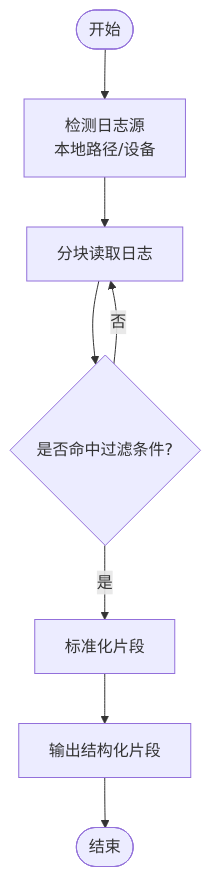
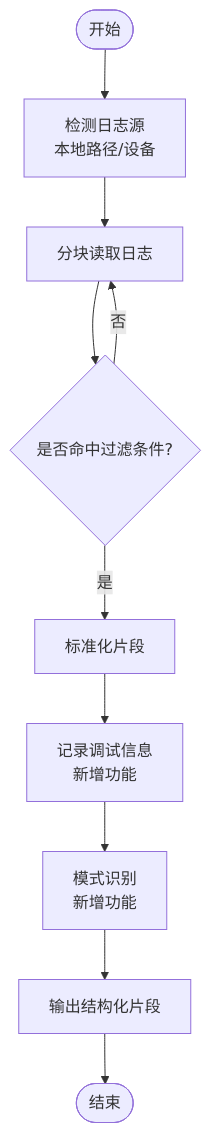
One commit to PengFan001/Jirin changed the third of 10 diagrams in .qoder/repowiki/zh/content/工具集/日志扫描工具.md. Above: the diagram before and after it, drawn with Mermaid. The commit also changed other lines of this file and 20 other files, not shown here.

````diff
--- a/.qoder/repowiki/zh/content/工具集/日志扫描工具.md
+++ b/.qoder/repowiki/zh/content/工具集/日志扫描工具.md
@@ -195,10 +214,12 @@
 ```mermaid
 flowchart TD
 Start(["开始"]) --> Detect["检测日志源<br/>本地路径/设备"]
 Detect --> Read["分块读取日志"]
 Read --> Filter{"是否命中过滤条件?"}
 Filter --> |否| Read
 Filter --> |是| Normalize["标准化片段"]
-Normalize --> Output["输出结构化片段"]
+Normalize --> Debug["记录调试信息<br/>新增功能"]
+Debug --> Analyze["模式识别<br/>新增功能"]
+Analyze --> Output["输出结构化片段"]
 Output --> End(["结束"])
 ```
````
